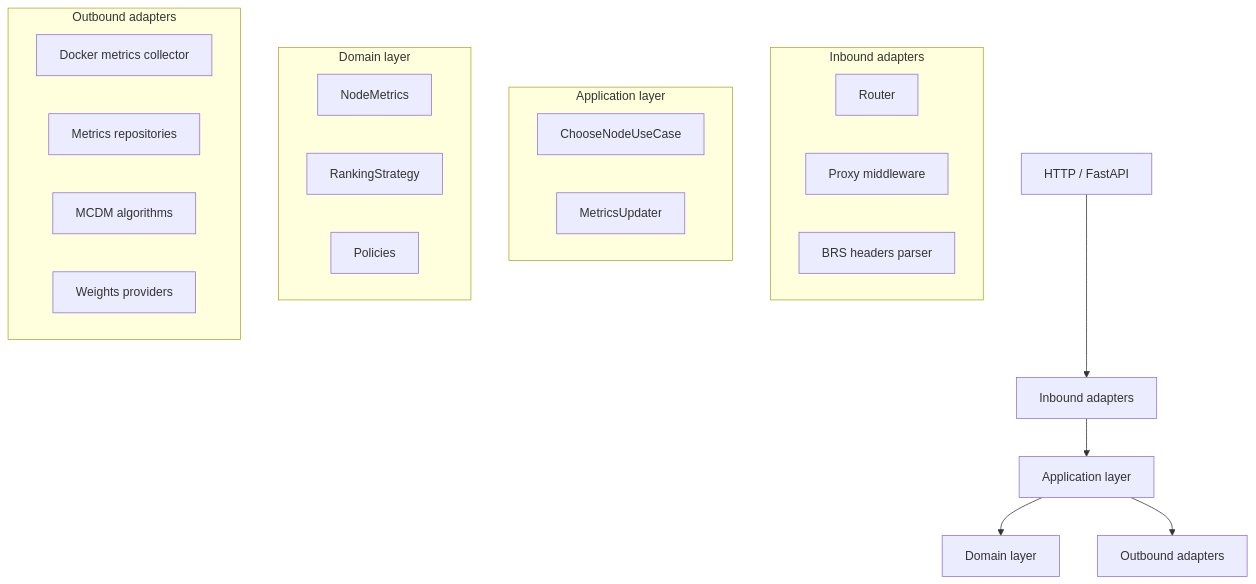
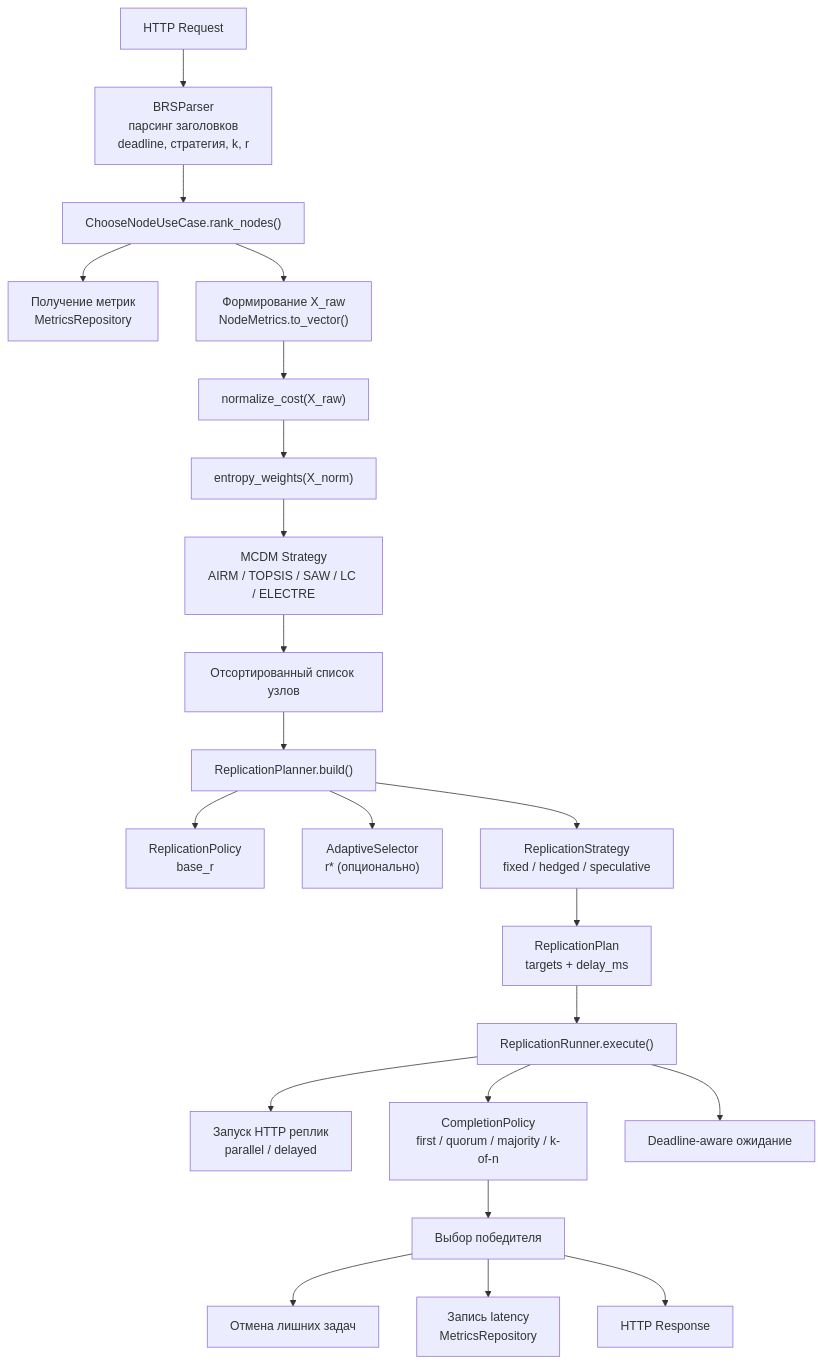
One commit to FluxBalancer/fluxbalancer-core changed the diagram in README.md. Above: the diagram before and after it, drawn with Mermaid. The commit also changed other lines of this file and 9 other files, not shown here.

````diff
--- a/README.md
+++ b/README.md
@@ -21,31 +11,24 @@
 ```mermaid
-flowchart TB
-    A[HTTP / FastAPI] --> B[Inbound adapters]
-    B --> C[Application layer]
-    C --> D[Domain layer]
-    C --> E[Outbound adapters]
-
-    subgraph Inbound adapters
-        B1[Router]
-        B2[Proxy middleware]
-        B3[BRS headers parser]
-    end
-
-    subgraph Application layer
-        C1[ChooseNodeUseCase]
-        C2[MetricsUpdater]
-    end
-
-    subgraph Domain layer
-        D1[NodeMetrics]
-        D2[RankingStrategy]
-        D3[Policies]
-    end
-
-    subgraph Outbound adapters
-        E1[Docker metrics collector]
-        E2[Metrics repositories]
-        E3[MCDM algorithms]
-        E4[Weights providers]
-    end
+flowchart TD
+    A[HTTP Request] --> B[BRSParser<br/>парсинг заголовков<br/>deadline, стратегия, k, r]
+    B --> C["ChooseNodeUseCase.rank_nodes()"]
+    C --> C1[Получение метрик<br/>MetricsRepository]
+    C --> C2["Формирование X_raw<br/>NodeMetrics.to_vector()"]
+    C2 --> C3["normalize_cost(X_raw)"]
+    C3 --> C4["entropy_weights(X_norm)"]
+    C4 --> C5[MCDM Strategy<br/>AIRM / TOPSIS / SAW / LC / ELECTRE]
+    C5 --> C6[Отсортированный список узлов]
+    C6 --> D["ReplicationPlanner.build()"]
+    D --> D1[ReplicationPolicy<br/>base_r]
+    D --> D2["AdaptiveSelector<br/>r* (опционально)"]
+    D --> D3[ReplicationStrategy<br/>fixed / hedged / speculative]
+    D3 --> D4[ReplicationPlan<br/>targets + delay_ms]
+    D4 --> E["ReplicationRunner.execute()"]
+    E --> E1[Запуск HTTP реплик<br/>parallel / delayed]
+    E --> E2[CompletionPolicy<br/>first / quorum / majority / k-of-n]
+    E --> E3[Deadline-aware ожидание]
+    E2 --> E4[Выбор победителя]
+    E4 --> E5[Отмена лишних задач]
+    E4 --> E6[Запись latency<br/>MetricsRepository]
+    E4 --> F[HTTP Response]
 ```
````
